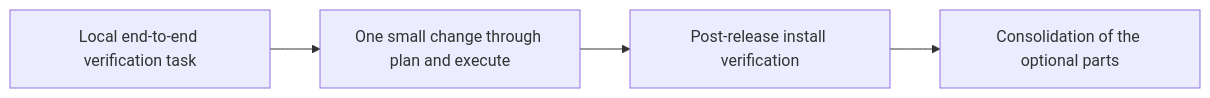
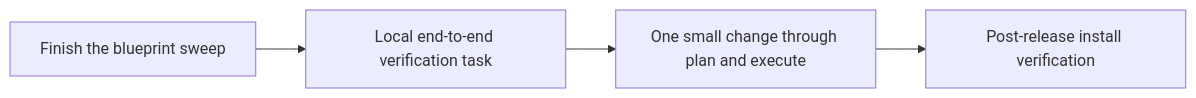
The diagram in docs/blueprint/product.md (virajp/ai-plugins), drawn with Mermaid before and after one commit. The commit also changed other lines of this file and 1 other file, not shown here.

````diff
--- a/docs/blueprint/product.md
+++ b/docs/blueprint/product.md
@@ -138,6 +148,6 @@
 ```mermaid
 flowchart LR
-  A[Local end-to-end verification task] --> B[One small change through plan and execute]
-  B --> C[Post-release install verification]
-  C --> D[Consolidation of the optional parts]
+  A[Finish the blueprint sweep] --> B[Local end-to-end verification task]
+  B --> C[One small change through plan and execute]
+  C --> D[Post-release install verification]
 ```
````
